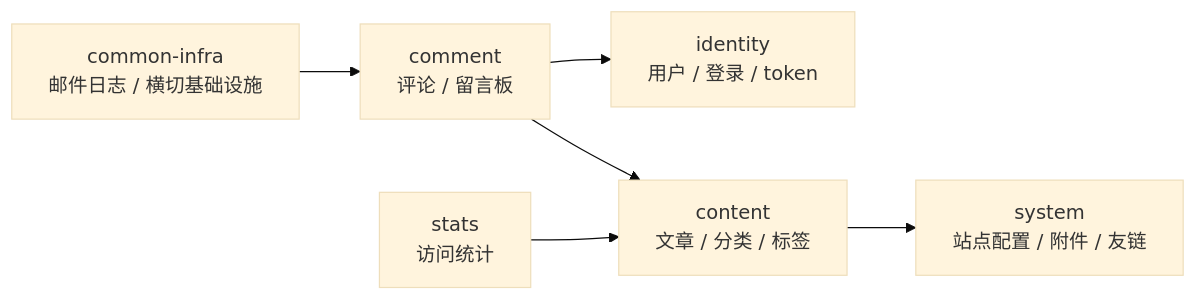
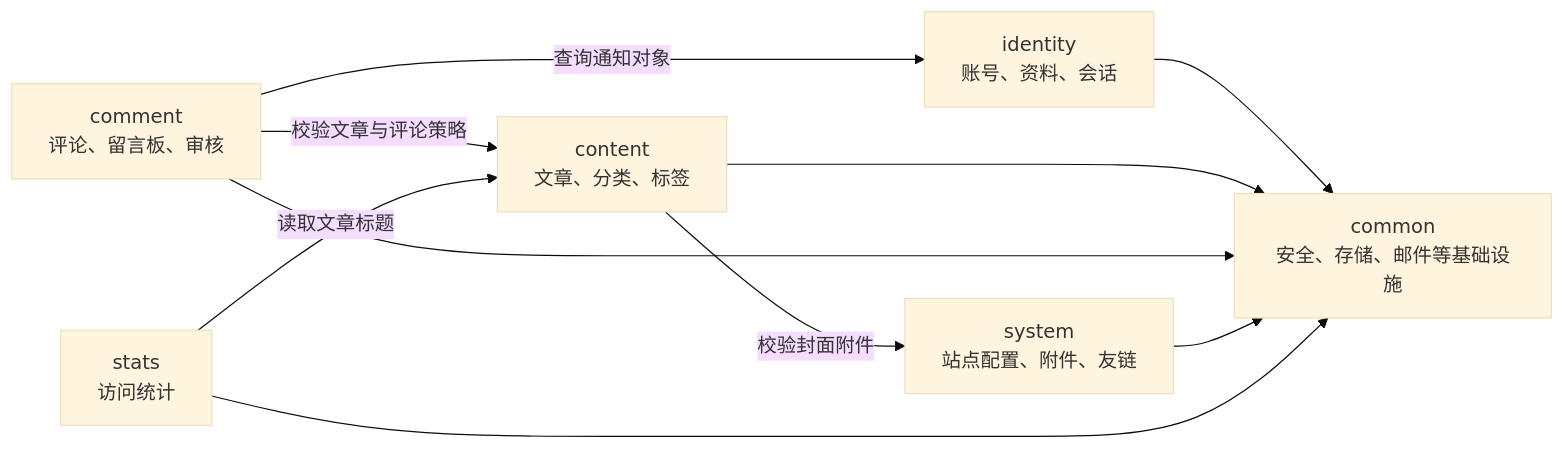
One commit to tongchang01/My-Blog changed the first of 2 diagrams in docs/handbook/product/er-diagram.md. Above: the diagram before and after it, drawn with Mermaid (base theme). The commit also changed other lines of this file and 5 other files, not shown here.

````diff
--- a/docs/handbook/product/er-diagram.md
+++ b/docs/handbook/product/er-diagram.md
@@ -8,15 +11,19 @@
 ```mermaid
 flowchart LR
-  identity["identity<br/>用户 / 登录 / token"]
-  content["content<br/>文章 / 分类 / 标签"]
-  comment["comment<br/>评论 / 留言板"]
-  system["system<br/>站点配置 / 附件 / 友链"]
+  identity["identity<br/>账号、资料、会话"]
+  content["content<br/>文章、分类、标签"]
+  comment["comment<br/>评论、留言板、审核"]
+  system["system<br/>站点配置、附件、友链"]
   stats["stats<br/>访问统计"]
-  common["common-infra<br/>邮件日志 / 横切基础设施"]
+  common["common<br/>安全、存储、邮件等基础设施"]
 
-  content --> system
-  comment --> content
-  comment --> identity
-  stats --> content
-  common --> comment
+  content -->|"校验封面附件"| system
+  comment -->|"校验文章与评论策略"| content
+  comment -->|"查询通知对象"| identity
+  stats -->|"读取文章标题"| content
+  identity --> common
+  content --> common
+  comment --> common
+  system --> common
+  stats --> common
 ```
````
